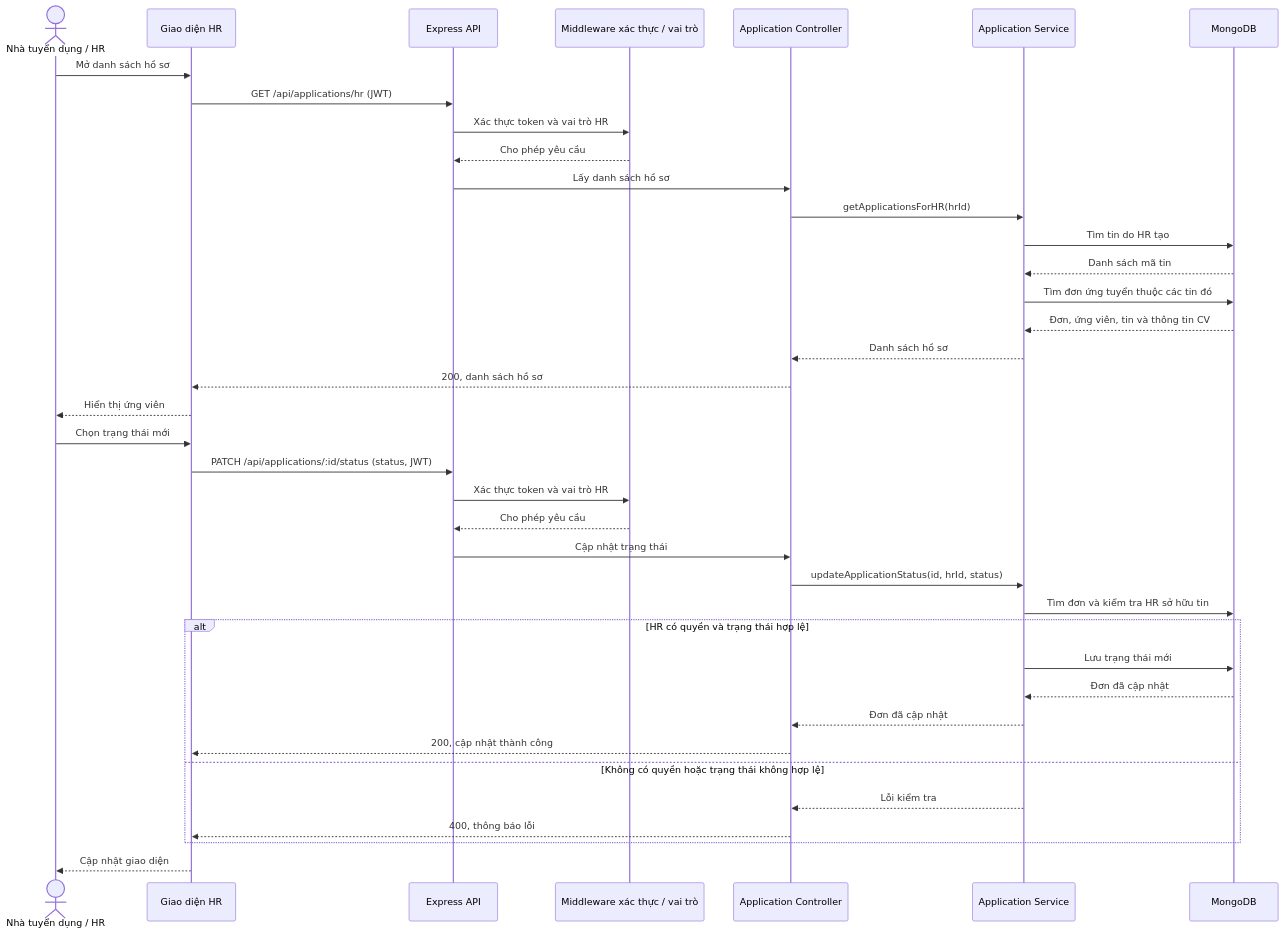
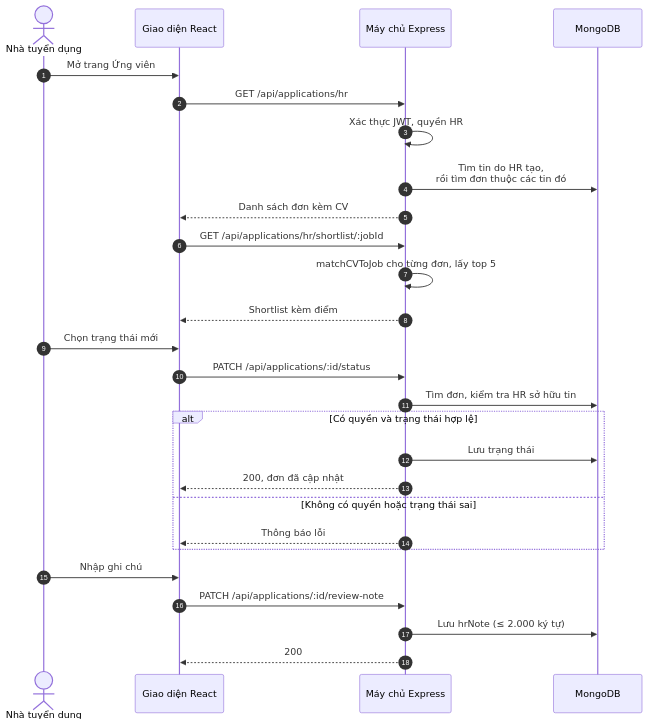
One commit to GiaHuy0507/-n-t-t-nghi-p changed the seventh of 15 diagrams in BAO_CAO_DO_AN.md. Above: the diagram before and after it, drawn with Mermaid. The commit also changed other lines of this file and 2 other files, not shown here.

````diff
--- a/BAO_CAO_DO_AN.md
+++ b/BAO_CAO_DO_AN.md
@@ -422,42 +538,29 @@
 ```mermaid
 sequenceDiagram
-  actor H as Nhà tuyển dụng / HR
-  participant UI as Giao diện HR
-  participant API as Express API
-  participant Auth as Middleware xác thực / vai trò
-  participant Controller as Application Controller
-  participant Service as Application Service
+  autonumber
+  actor H as Nhà tuyển dụng
+  participant UI as Giao diện React
+  participant API as Máy chủ Express
   participant DB as MongoDB
-
-  H->>UI: Mở danh sách hồ sơ
-  UI->>API: GET /api/applications/hr (JWT)
-  API->>Auth: Xác thực token và vai trò HR
-  Auth-->>API: Cho phép yêu cầu
-  API->>Controller: Lấy danh sách hồ sơ
-  Controller->>Service: getApplicationsForHR(hrId)
-  Service->>DB: Tìm tin do HR tạo
-  DB-->>Service: Danh sách mã tin
-  Service->>DB: Tìm đơn ứng tuyển thuộc các tin đó
-  DB-->>Service: Đơn, ứng viên, tin và thông tin CV
-  Service-->>Controller: Danh sách hồ sơ
-  Controller-->>UI: 200, danh sách hồ sơ
-  UI-->>H: Hiển thị ứng viên
-
+  H->>UI: Mở trang Ứng viên
+  UI->>API: GET /api/applications/hr
+  API->>API: Xác thực JWT, quyền HR
+  API->>DB: Tìm tin do HR tạo,<br/>rồi tìm đơn thuộc các tin đó
+  API-->>UI: Danh sách đơn kèm CV
+  UI->>API: GET /api/applications/hr/shortlist/:jobId
+  API->>API: matchCVToJob cho từng đơn, lấy top 5
+  API-->>UI: Shortlist kèm điểm
   H->>UI: Chọn trạng thái mới
-  UI->>API: PATCH /api/applications/:id/status (status, JWT)
-  API->>Auth: Xác thực token và vai trò HR
-  Auth-->>API: Cho phép yêu cầu
-  API->>Controller: Cập nhật trạng thái
-  Controller->>Service: updateApplicationStatus(id, hrId, status)
-  Service->>DB: Tìm đơn và kiểm tra HR sở hữu tin
-  alt HR có quyền và trạng thái hợp lệ
-    Service->>DB: Lưu trạng thái mới
-    DB-->>Service: Đơn đã cập nhật
-    Service-->>Controller: Đơn đã cập nhật
-    Controller-->>UI: 200, cập nhật thành công
-  else Không có quyền hoặc trạng thái không hợp lệ
-    Service-->>Controller: Lỗi kiểm tra
-    Controller-->>UI: 400, thông báo lỗi
+  UI->>API: PATCH /api/applications/:id/status
+  API->>DB: Tìm đơn, kiểm tra HR sở hữu tin
+  alt Có quyền và trạng thái hợp lệ
+    API->>DB: Lưu trạng thái
+    API-->>UI: 200, đơn đã cập nhật
+  else Không có quyền hoặc trạng thái sai
+    API-->>UI: Thông báo lỗi
   end
-  UI-->>H: Cập nhật giao diện
+  H->>UI: Nhập ghi chú
+  UI->>API: PATCH /api/applications/:id/review-note
+  API->>DB: Lưu hrNote (≤ 2.000 ký tự)
+  API-->>UI: 200
 ```
````
